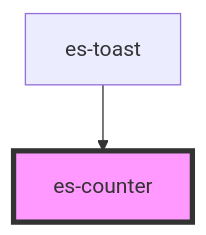
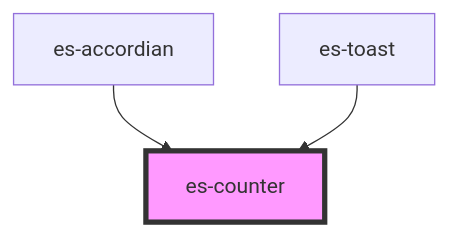
The diagram in packages/components/src/components/es-counter/readme.md (EventStore/Design-System), drawn with Mermaid before and after one commit. The commit also changed other lines of this file and 8 other files, not shown here.

````diff
--- a/packages/components/src/components/es-counter/readme.md
+++ b/packages/components/src/components/es-counter/readme.md
@@ -24,5 +25,6 @@
 ```mermaid
 graph TD;
+  es-accordian --> es-counter
   es-toast --> es-counter
   style es-counter fill:#f9f,stroke:#333,stroke-width:4px
 ```
````
